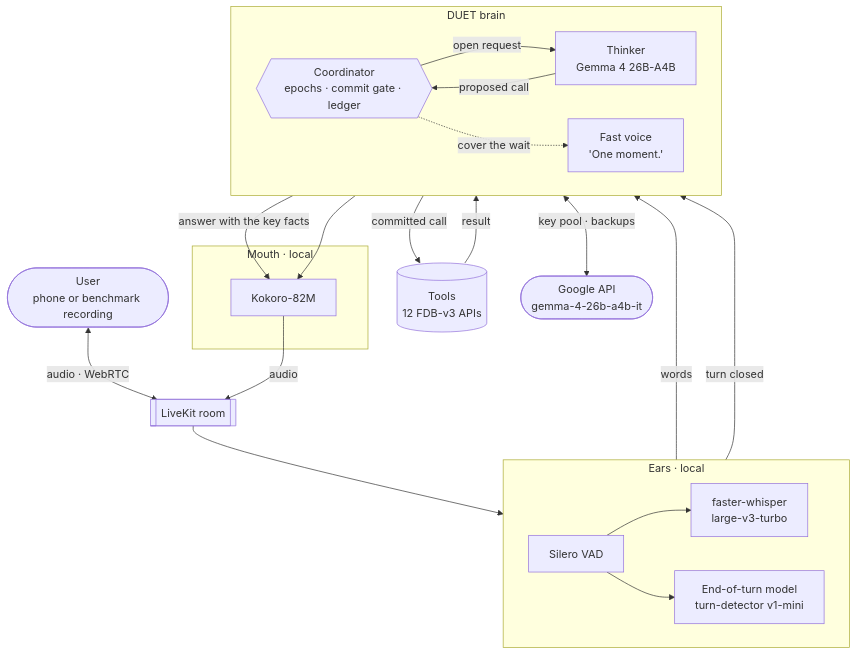
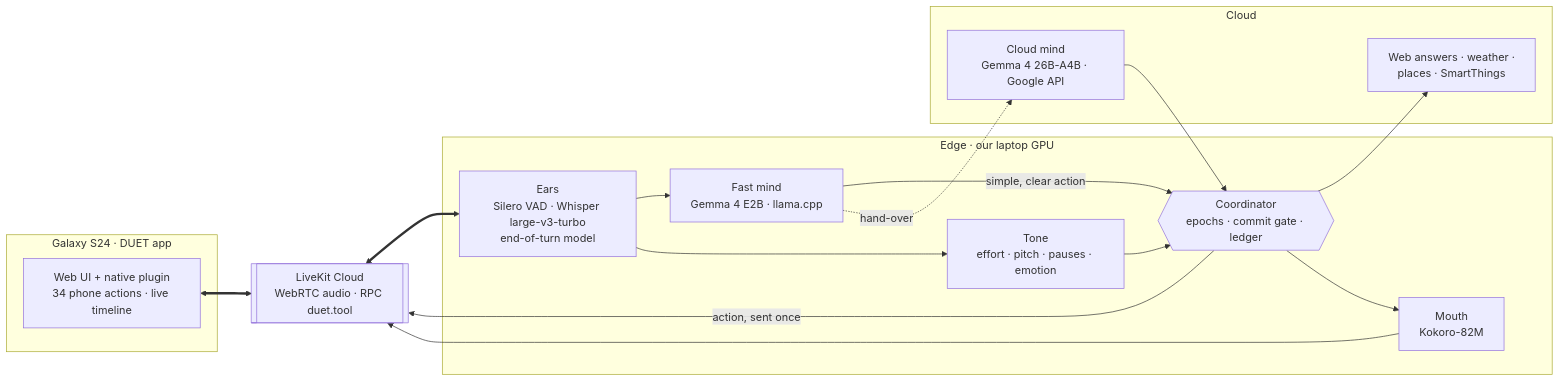
The first of 3 diagrams in README.md (tannnmayy/DUET-SAMSUNGPRISM-HACKATHON-TEAM-SE7EN), drawn with Mermaid before and after one commit. The commit also changed other lines of this file and 256 other files, not shown here.

````diff
--- a/README.md
+++ b/README.md
@@ -45,35 +107,30 @@
 ```mermaid
-flowchart TB
-    U(["User<br/>phone or benchmark recording"]) <-->|"audio · WebRTC"| ROOM[["LiveKit room"]]
-    ROOM --> VAD
-
-    subgraph EARS["Ears · local"]
-        direction LR
-        VAD["Silero VAD"] --> ASR["faster-whisper<br/>large-v3-turbo"]
-        VAD --> EOT["End-of-turn model<br/>turn-detector v1-mini"]
+flowchart LR
+    subgraph PHONE["Galaxy S24 · DUET app"]
+        APP["Web UI + native plugin<br/>34 phone actions · live timeline"]
     end
-
-    ASR -->|words| COORD
-    EOT -->|turn closed| COORD
-
-    subgraph BRAIN["DUET brain"]
-        direction LR
-        FAST["Fast voice<br/>'One moment.'"]
+    ROOM[["LiveKit Cloud<br/>WebRTC audio · RPC duet.tool"]]
+    subgraph EDGE["Edge · our laptop GPU"]
+        EARS["Ears<br/>Silero VAD · Whisper large-v3-turbo<br/>end-of-turn model"]
+        TONE["Tone<br/>effort · pitch · pauses · emotion"]
+        FAST["Fast mind<br/>Gemma 4 E2B · llama.cpp"]
         COORD{{"Coordinator<br/>epochs · commit gate · ledger"}}
-        THINK["Thinker<br/>Gemma 4 26B-A4B"]
-        COORD -->|"open request"| THINK
-        THINK -->|"proposed call"| COORD
-        COORD -.->|"cover the wait"| FAST
+        MOUTH["Mouth<br/>Kokoro-82M"]
     end
-
-    COORD -->|"committed call"| TOOLS[("Tools<br/>12 FDB-v3 APIs")]
-    TOOLS -->|result| THINK
-    THINK <-->|"key pool · backups"| API(["Google API<br/>gemma-4-26b-a4b-it"])
-    THINK -->|"answer with the key facts"| TTS
-    FAST --> TTS
-
-    subgraph MOUTH["Mouth · local"]
-        TTS["Kokoro-82M"]
+    subgraph CLOUD["Cloud"]
+        CM["Cloud mind<br/>Gemma 4 26B-A4B · Google API"]
+        SRV["Web answers · weather ·<br/>places · SmartThings"]
     end
-    TTS -->|audio| ROOM
+    APP <==> ROOM
+    ROOM <==> EARS
+    EARS --> FAST
+    EARS --> TONE
+    TONE --> COORD
+    FAST -- "simple, clear action" --> COORD
+    FAST -. "hand-over" .-> CM
+    CM --> COORD
+    COORD -- "action, sent once" --> ROOM
+    COORD --> SRV
+    COORD --> MOUTH
+    MOUTH --> ROOM
 ```
````
